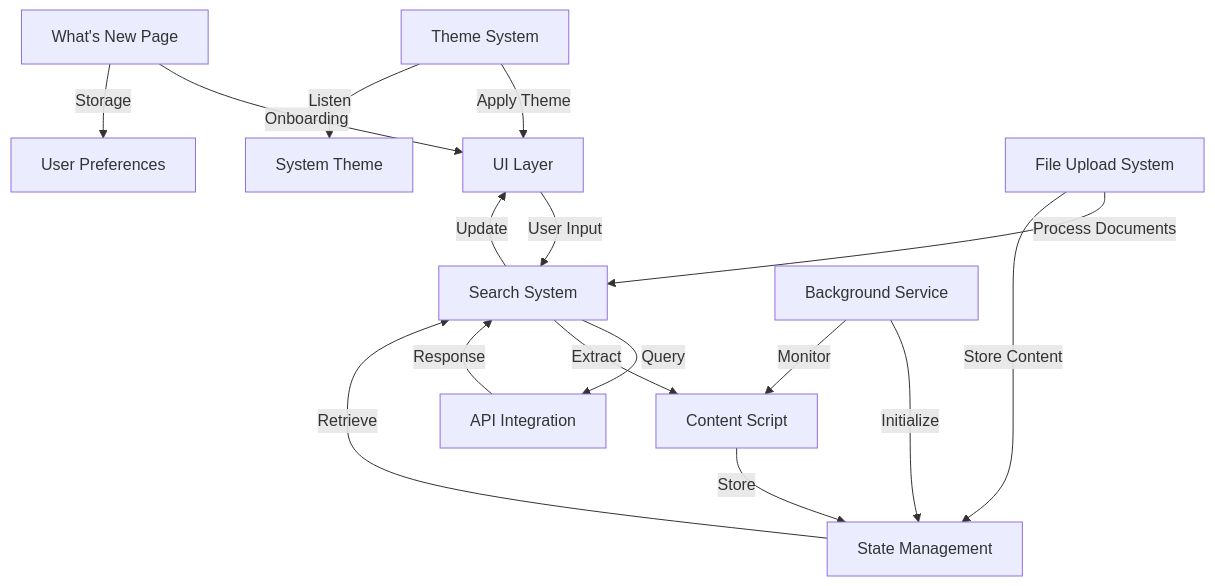
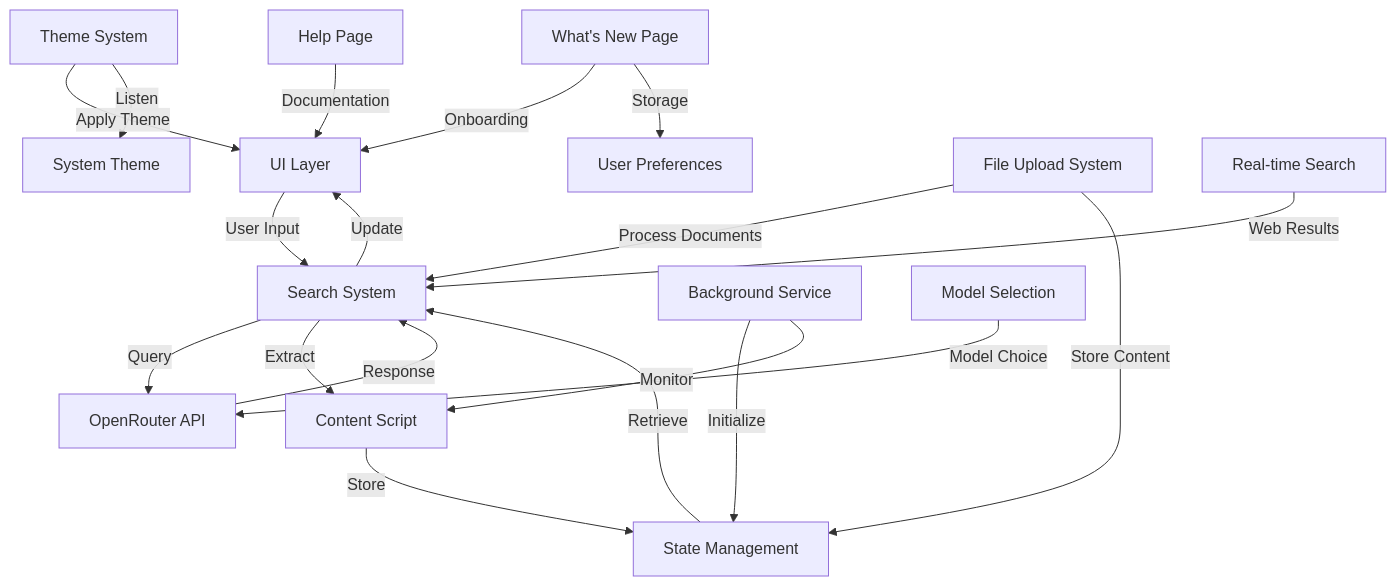
Before and after one commit to magellan-extension/magellan: the first of 3 diagrams in docs/ARCHITECTURE.md, drawn with Mermaid. The commit also changed other lines of this file and 1 other file, not shown here.

````diff
--- a/docs/ARCHITECTURE.md
+++ b/docs/ARCHITECTURE.md
@@ -47,18 +46,21 @@
 ```mermaid
 graph TD
     A[UI Layer] -->|User Input| B[Search System]
-    B -->|Query| C[API Integration]
+    B -->|Query| C[OpenRouter API]
     B -->|Extract| D[Content Script]
     D -->|Store| E[State Management]
     E -->|Retrieve| B
     C -->|Response| B
     B -->|Update| A
     F[Background Service] -->|Initialize| E
     F -->|Monitor| D
     G[Theme System] -->|Apply Theme| A
     G -->|Listen| H[System Theme]
     I[What's New Page] -->|Onboarding| A
     I -->|Storage| J[User Preferences]
     K[File Upload System] -->|Process Documents| B
     K -->|Store Content| E
+    L[Model Selection] -->|Model Choice| C
+    M[Help Page] -->|Documentation| A
+    N[Real-time Search] -->|Web Results| B
 ```
````
